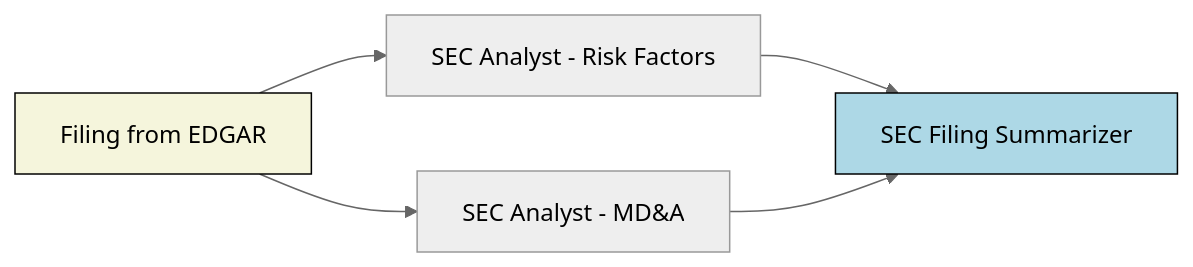
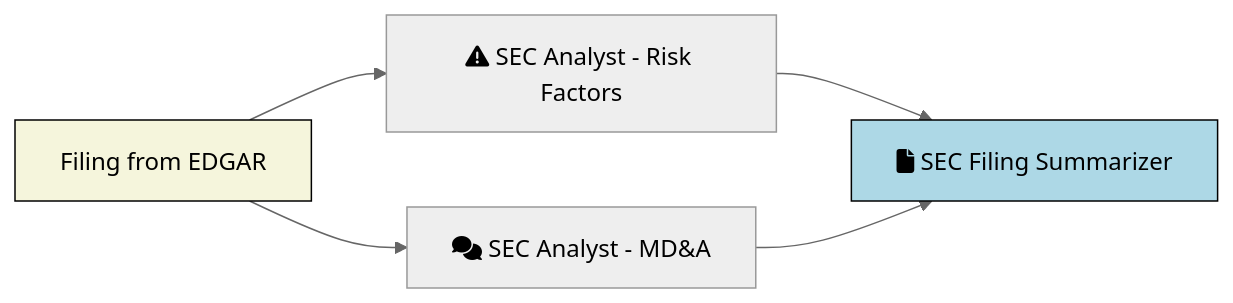
The diagram in include/diagrams/crews/sec.mmd (KevorkSulahian/agentic-llm-for-better-results), drawn with Mermaid before and after one commit. The commit also changed 51 other files, not shown here.

```diff
--- a/include/diagrams/crews/sec.mmd
+++ b/include/diagrams/crews/sec.mmd
@@ -1,16 +1,16 @@
 ---
 config:
   look: classic
   theme: neutral
 ---
 flowchart LR
-    E["Filing from EDGAR"] --> rf["SEC Analyst - Risk Factors"]
-    rf --> S["SEC Filing Summarizer"]
-    E --> mda["SEC Analyst - MD&A"]
+    E["Filing from EDGAR"] --> rf["fa:fa-triangle-exclamation SEC Analyst - Risk Factors"]
+    rf --> S["fa:fa-file SEC Filing Summarizer"]
+    E --> mda["fa:fa-comments SEC Analyst - MD&A"]
     mda --> S
 
     classDef beige fill:#F5F5DC,stroke:black
     class E beige
 
     classDef lightBlue fill:#ADD8E6,stroke:black
     class S lightBlue
```
